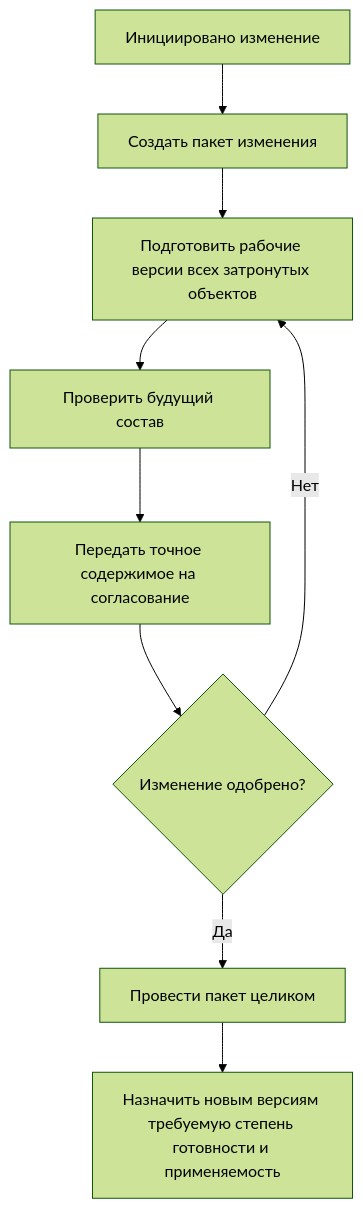
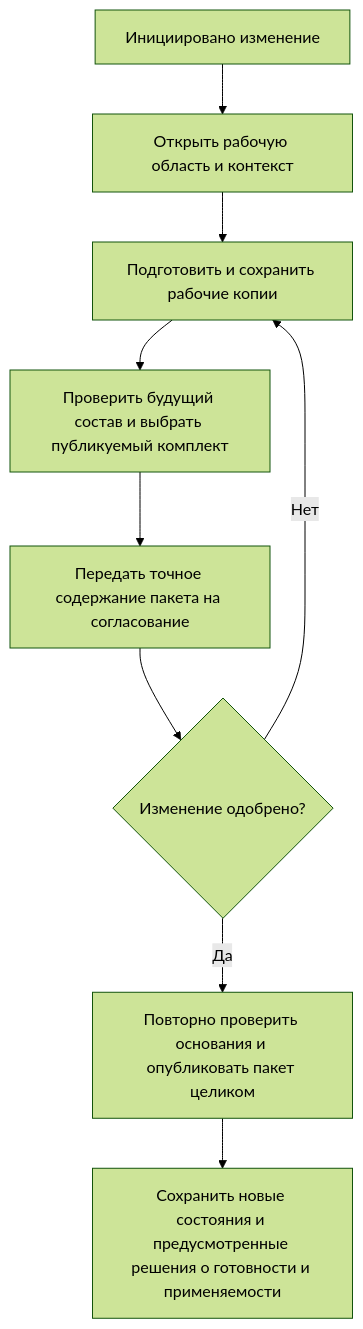
The diagram in wiki/Selection-sequential-changes.md (ZelAnton/Interlink-product-book), drawn with Mermaid (forest theme) before and after one commit. The commit also changed other lines of this file and 231 other files, not shown here.

````diff
--- a/wiki/Selection-sequential-changes.md
+++ b/wiki/Selection-sequential-changes.md
@@ -29,11 +32,11 @@
 ```mermaid
 flowchart TD
-    A["Инициировано изменение"] --> B["Создать пакет изменения"]
-    B --> C["Подготовить рабочие версии всех затронутых объектов"]
-    C --> D["Проверить будущий состав"]
-    D --> E["Передать точное содержимое на согласование"]
+    A["Инициировано изменение"] --> B["Открыть рабочую область и контекст"]
+    B --> C["Подготовить и сохранить рабочие копии"]
+    C --> D["Проверить будущий состав и выбрать публикуемый комплект"]
+    D --> E["Передать точное содержание пакета на согласование"]
     E --> F{"Изменение одобрено?"}
     F -->|Нет| C
-    F -->|Да| G["Провести пакет целиком"]
-    G --> H["Назначить новым версиям требуемую степень готовности и применяемость"]
+    F -->|Да| G["Повторно проверить основания и опубликовать пакет целиком"]
+    G --> H["Сохранить новые состояния и предусмотренные решения о готовности и применяемости"]
 ```
````
